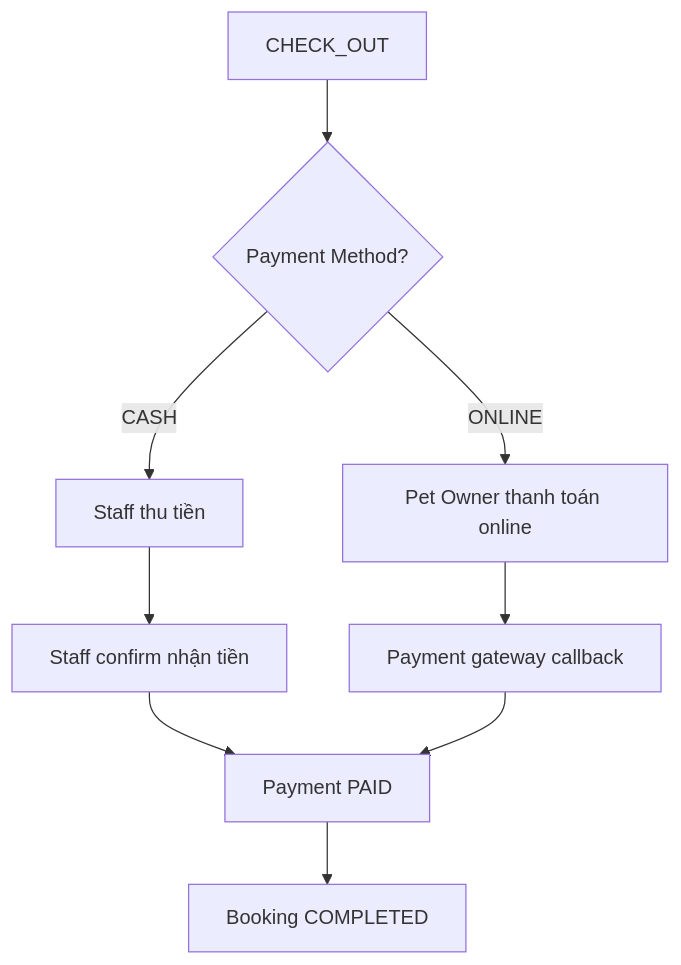
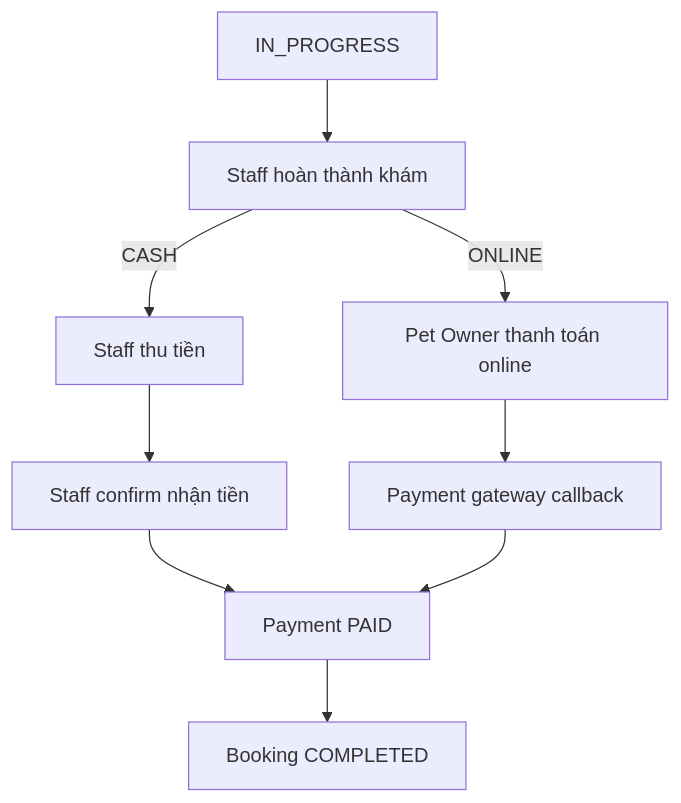
One commit to espresso23/Petties-Veterinary-Appointment-Booking-Platform changed the fifth of 5 diagrams in docs-references/documentation/BOOKING_WORKFLOW.md. Above: the diagram before and after it, drawn with Mermaid. The commit also changed other lines of this file and 24 other files, not shown here.

````diff
--- a/docs-references/documentation/BOOKING_WORKFLOW.md
+++ b/docs-references/documentation/BOOKING_WORKFLOW.md
@@ -192,14 +190,14 @@
 ```mermaid
 flowchart TD
-    A[CHECK_OUT] --> B{Payment Method?}
+    A[IN_PROGRESS] --> B[Staff hoàn thành khám]
     B -->|CASH| C[Staff thu tiền]
     B -->|ONLINE| D[Pet Owner thanh toán online]
     
     C --> E[Staff confirm nhận tiền]
     D --> F[Payment gateway callback]
     
     E --> G[Payment PAID]
     F --> G
     
     G --> H[Booking COMPLETED]
 ```
````
